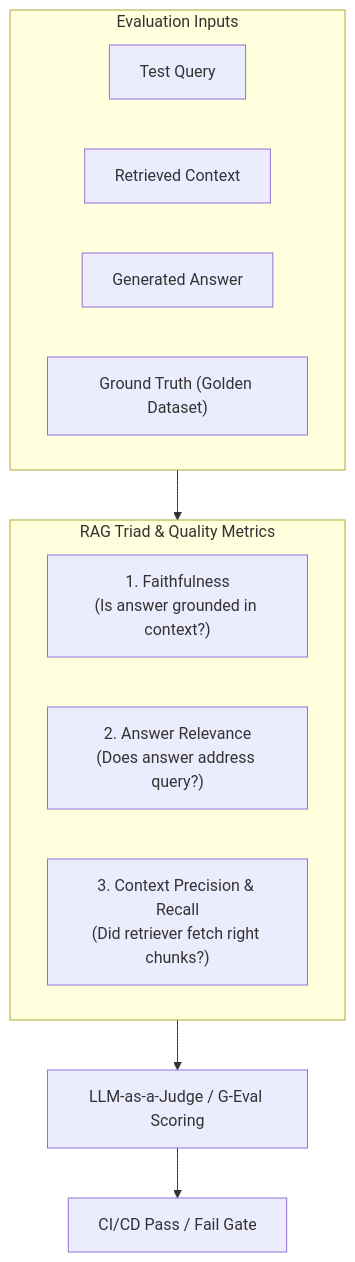
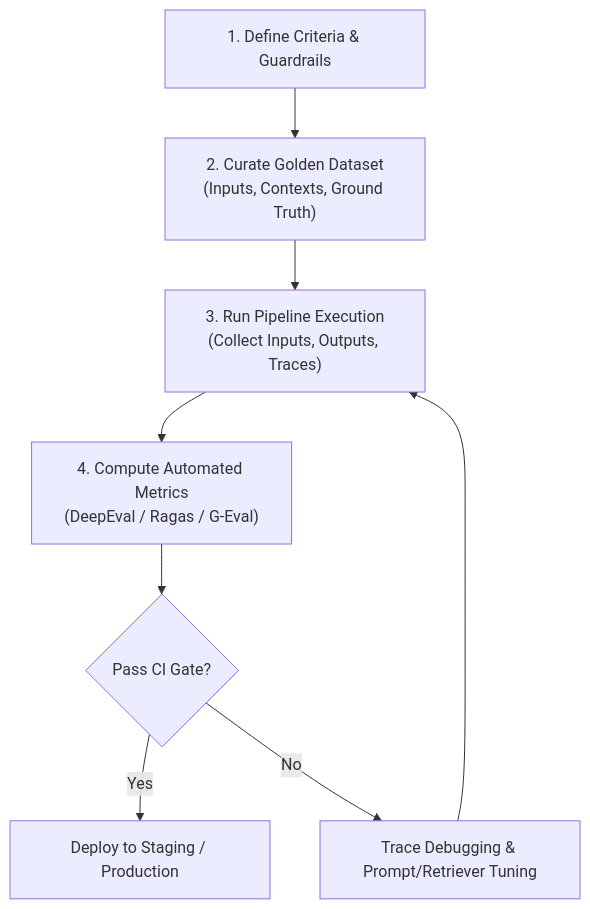
The diagram in docs/06-llm-evaluation/01-llm-evaluation-campusx/03-how-to-evaluate-llm-applications-the-com.md (DeshDeepakKant/ai-engineering-docs), drawn with Mermaid before and after one commit. The commit also changed other lines of this file and 182 other files, not shown here.

````diff
--- a/docs/06-llm-evaluation/01-llm-evaluation-campusx/03-how-to-evaluate-llm-applications-the-com.md
+++ b/docs/06-llm-evaluation/01-llm-evaluation-campusx/03-how-to-evaluate-llm-applications-the-com.md
@@ -35,19 +35,10 @@
 ```mermaid
 flowchart TD
-    subgraph Input["Evaluation Inputs"]
-        Q["Test Query"]
-        C["Retrieved Context"]
-        A["Generated Answer"]
-        G["Ground Truth (Golden Dataset)"]
-    end
-
-    subgraph Metrics["RAG Triad & Quality Metrics"]
-        F["1. Faithfulness\n(Is answer grounded in context?)"]
-        R["2. Answer Relevance\n(Does answer address query?)"]
-        P["3. Context Precision & Recall\n(Did retriever fetch right chunks?)"]
-    end
-
-    Input --> Metrics
-    Metrics --> Judge["LLM-as-a-Judge / G-Eval Scoring"]
-    Judge --> PassFail["CI/CD Pass / Fail Gate"]
+    A["1. Define Criteria & Guardrails"] --> B["2. Curate Golden Dataset\n(Inputs, Contexts, Ground Truth)"]
+    B --> C["3. Run Pipeline Execution\n(Collect Inputs, Outputs, Traces)"]
+    C --> D["4. Compute Automated Metrics\n(DeepEval / Ragas / G-Eval)"]
+    D --> E{"Pass CI Gate?"}
+    E -->|Yes| F["Deploy to Staging / Production"]
+    E -->|No| G["Trace Debugging & Prompt/Retriever Tuning"]
+    G --> C
 ```
````
